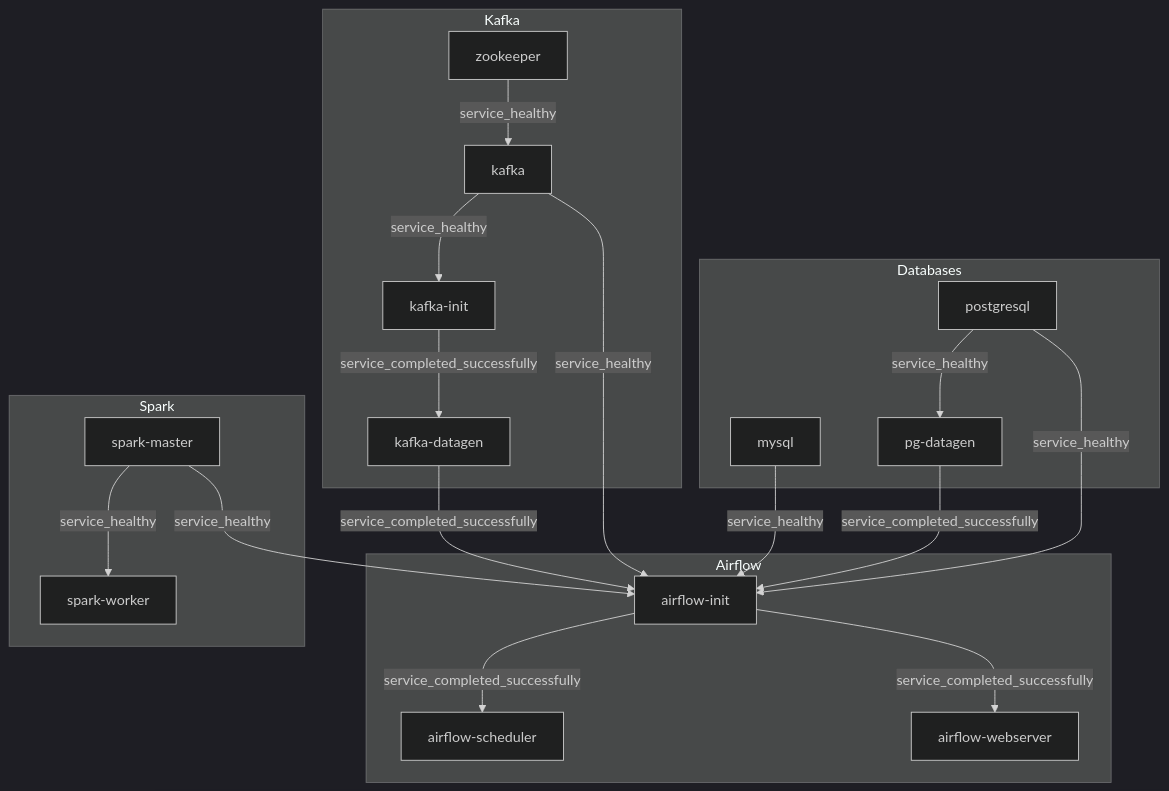
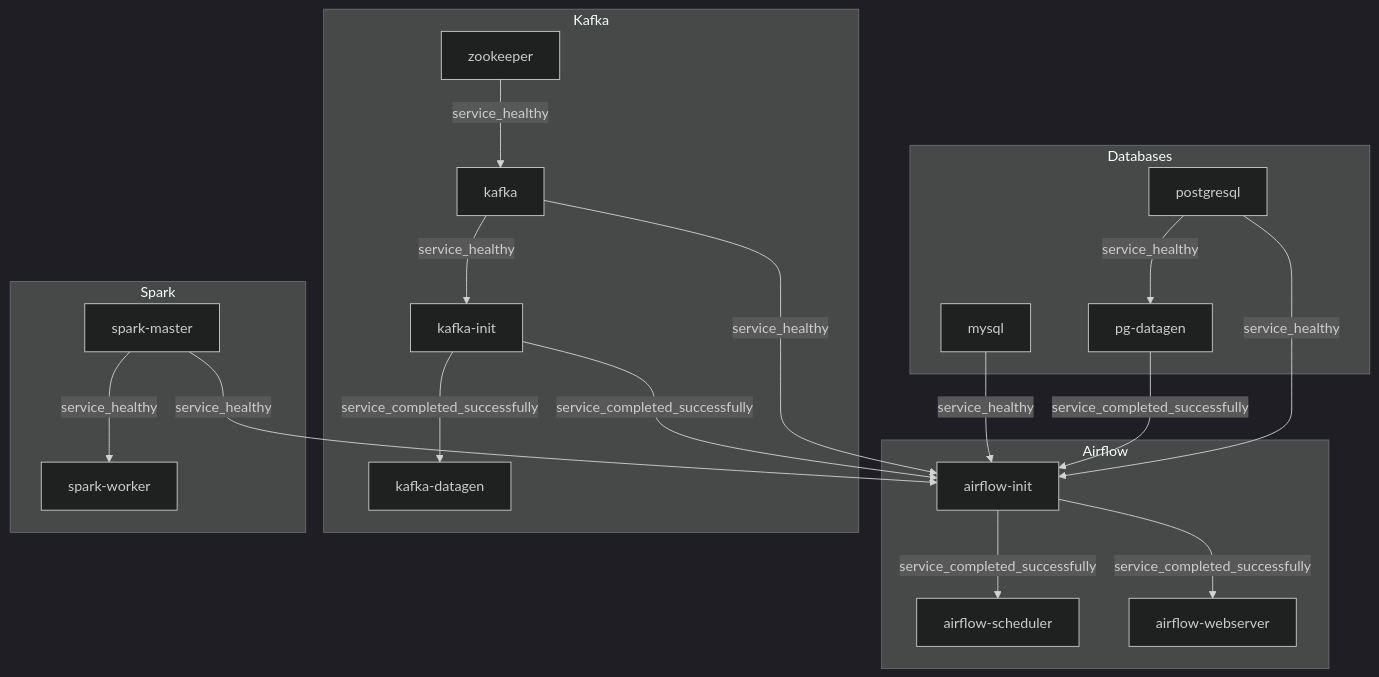
The diagram in README.md (avshapoval/python_de_finals), drawn with Mermaid (dark theme) before and after one commit.

````diff
--- a/README.md
+++ b/README.md
@@ -46,42 +46,42 @@
 ```mermaid
 graph TD
     PG[postgresql]
     MY[mysql]
     PGDG[pg-datagen]
     KDG[kafka-datagen]
     AI[airflow-init]
     AS[airflow-scheduler]
     AW[airflow-webserver]
     SM[spark-master]
     SW[spark-worker]
     ZK[zookeeper]
     KF[kafka]
     KI[kafka-init]
 
     subgraph Databases
         PG
         MY
         PG -->|service_healthy| PGDG
     end
 
     subgraph Kafka
         ZK -->|service_healthy| KF
         KF -->|service_healthy| KI
         KI -->|service_completed_successfully| KDG
     end
 
     subgraph Spark
         SM -->|service_healthy| SW
     end
 
     subgraph Airflow
         PG -->|service_healthy| AI
         MY -->|service_healthy| AI
         SM -->|service_healthy| AI
         KF -->|service_healthy| AI
         PGDG -->|service_completed_successfully| AI
-        KDG -->|service_completed_successfully| AI
+        KI -->|service_completed_successfully| AI
         AI -->|service_completed_successfully| AS
         AI -->|service_completed_successfully| AW
     end
 ```
````
